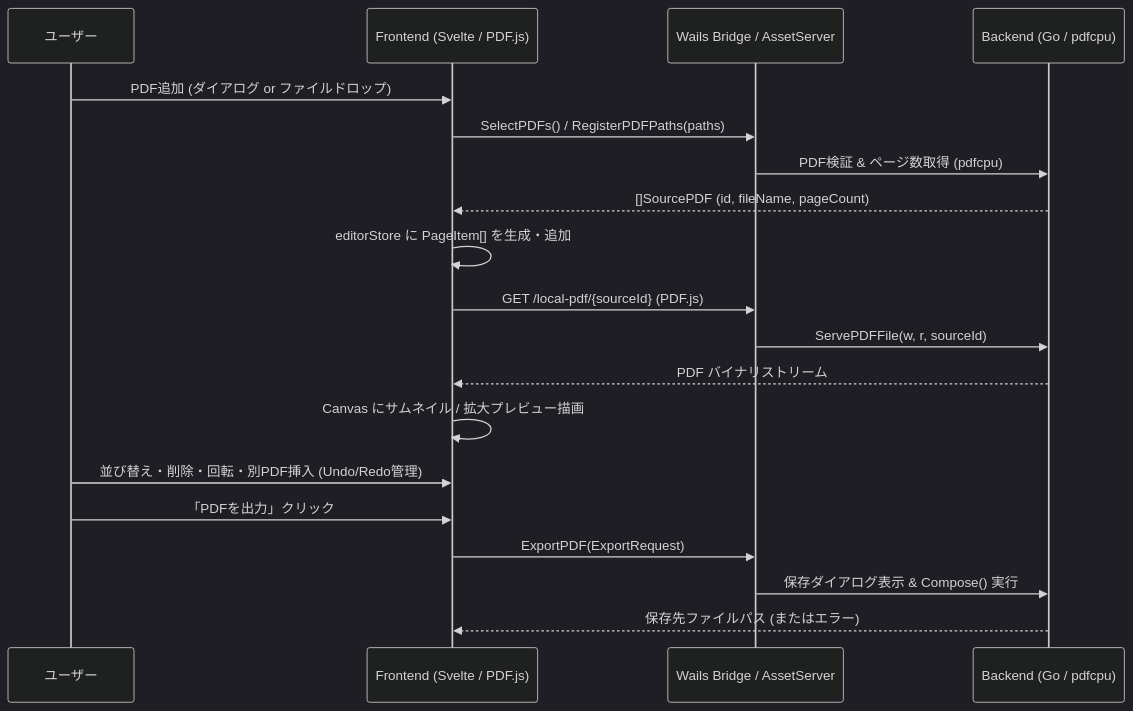
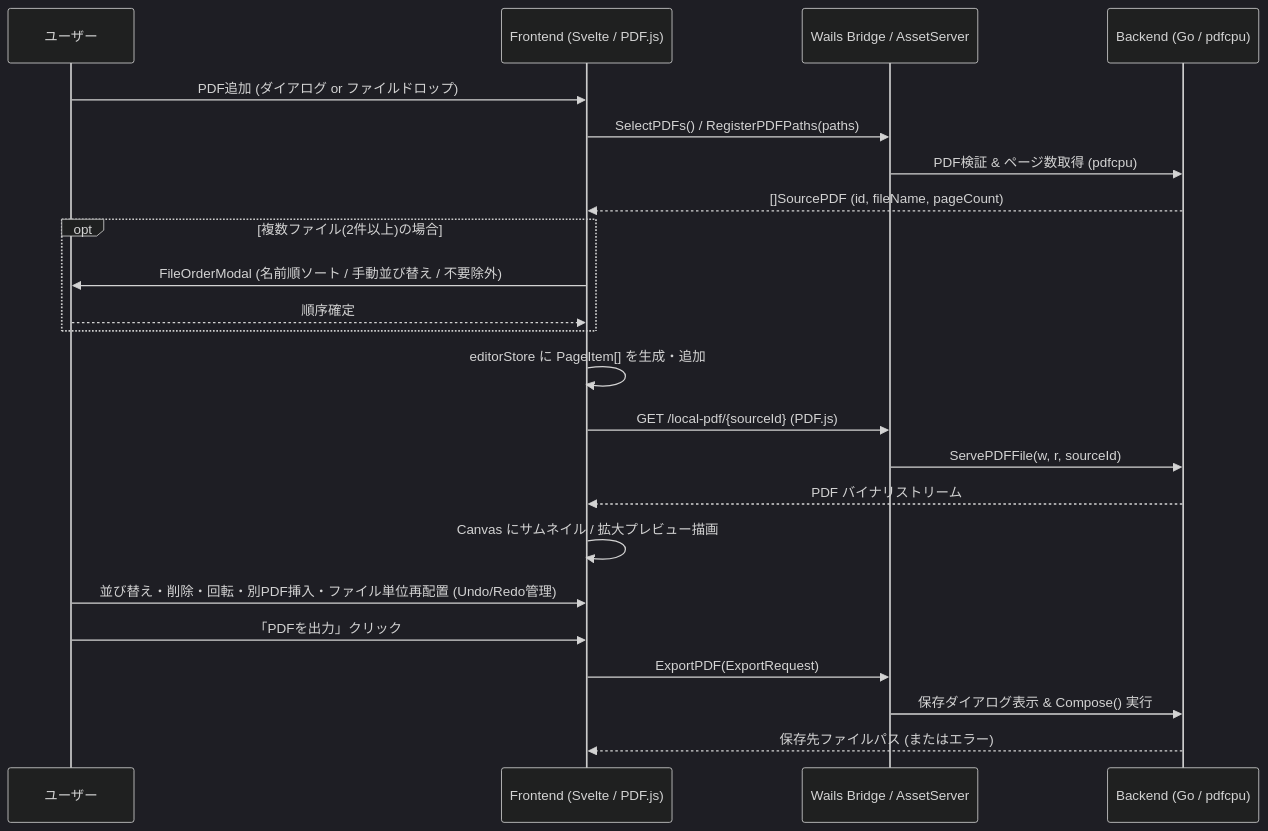
Before and after one commit to tfuruha/PdfPageComposer: the diagram in docs/architecture.md, drawn with Mermaid (dark theme). The commit also changed 8 other files, not shown here.

````diff
--- a/docs/architecture.md
+++ b/docs/architecture.md
@@ -18,22 +18,26 @@
 ```mermaid
 sequenceDiagram
     participant User as ユーザー
     participant FE as Frontend (Svelte / PDF.js)
     participant Wails as Wails Bridge / AssetServer
     participant BE as Backend (Go / pdfcpu)
 
     User->>FE: PDF追加 (ダイアログ or ファイルドロップ)
     FE->>Wails: SelectPDFs() / RegisterPDFPaths(paths)
     Wails->>BE: PDF検証 & ページ数取得 (pdfcpu)
     BE-->>FE: []SourcePDF (id, fileName, pageCount)
+    opt 複数ファイル(2件以上)の場合
+        FE->>User: FileOrderModal (名前順ソート / 手動並び替え / 不要除外)
+        User-->>FE: 順序確定
+    end
     FE->>FE: editorStore に PageItem[] を生成・追加
     FE->>Wails: GET /local-pdf/{sourceId} (PDF.js)
     Wails->>BE: ServePDFFile(w, r, sourceId)
     BE-->>FE: PDF バイナリストリーム
     FE->>FE: Canvas にサムネイル / 拡大プレビュー描画
-    User->>FE: 並び替え・削除・回転・別PDF挿入 (Undo/Redo管理)
+    User->>FE: 並び替え・削除・回転・別PDF挿入・ファイル単位再配置 (Undo/Redo管理)
     User->>FE: 「PDFを出力」クリック
     FE->>Wails: ExportPDF(ExportRequest)
     Wails->>BE: 保存ダイアログ表示 & Compose() 実行
     BE-->>FE: 保存先ファイルパス (またはエラー)
 ```
````
